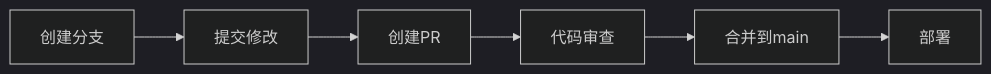
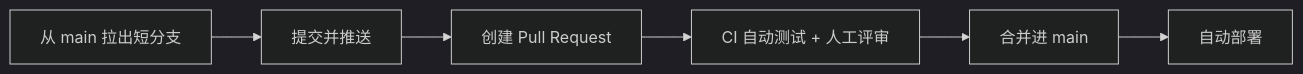
Before and after one commit to before80/prgms: the fifth of 6 diagrams in content/linux/version_ctrl/Chapter-56-Git-Advanced.md, drawn with Mermaid (dark theme). The commit also changed other lines of this file and 1645 other files, not shown here.

````diff
--- a/content/linux/version_ctrl/Chapter-56-Git-Advanced.md
+++ b/content/linux/version_ctrl/Chapter-56-Git-Advanced.md
@@ -383,8 +689,8 @@
 ```mermaid
 graph LR
-    A[创建分支] --> B[提交修改]
-    B --> C[创建PR]
-    C --> D[代码审查]
-    D --> E[合并到main]
-    E --> F[部署]
+    A["从 main 拉出短分支"] --> B["提交并推送"]
+    B --> C["创建 Pull Request"]
+    C --> D["CI 自动测试 + 人工评审"]
+    D --> E["合并进 main"]
+    E --> F["自动部署"]
 ```
````
